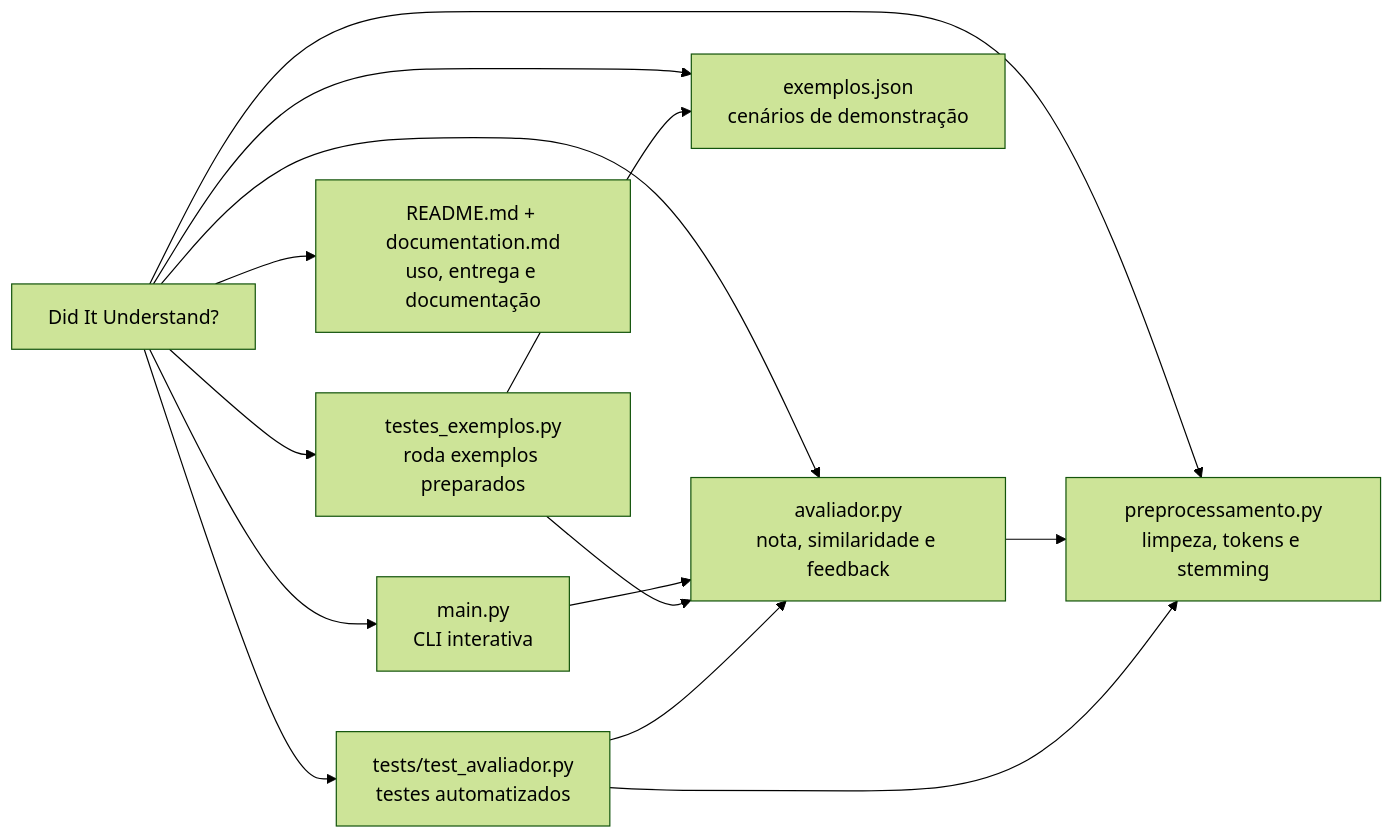
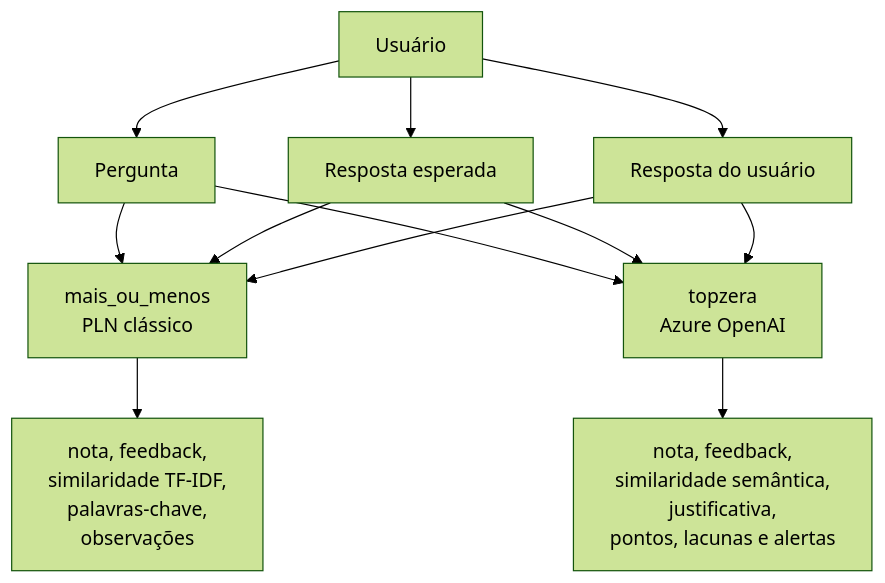
The first of 3 diagrams in documentation.md (cidade-felipe/did-it-understand), drawn with Mermaid (forest theme) before and after one commit. The commit also changed other lines of this file and 11 other files, not shown here.

Commit message:
feat: adiciona avaliador semântico com Azure OpenAI

````diff
--- a/documentation.md
+++ b/documentation.md
@@ -58,19 +72,22 @@
 ```mermaid
-flowchart LR
-    projeto["Did It Understand?"]
+flowchart TD
+    usuario["Usuário"]
+    pergunta["Pergunta"]
+    esperada["Resposta esperada"]
+    resposta["Resposta do usuário"]
 
-    projeto --> cli["main.py<br/>CLI interativa"]
-    projeto --> avaliador["avaliador.py<br/>nota, similaridade e feedback"]
-    projeto --> prep["preprocessamento.py<br/>limpeza, tokens e stemming"]
-    projeto --> exemplos["exemplos.json<br/>cenários de demonstração"]
-    projeto --> runner["testes_exemplos.py<br/>roda exemplos preparados"]
-    projeto --> tests["tests/test_avaliador.py<br/>testes automatizados"]
-    projeto --> docs["README.md + documentation.md<br/>uso, entrega e documentação"]
+    usuario --> pergunta
+    usuario --> esperada
+    usuario --> resposta
 
-    cli --> avaliador
-    runner --> avaliador
-    avaliador --> prep
-    tests --> avaliador
-    tests --> prep
-    runner --> exemplos
+    pergunta --> classica["mais_ou_menos<br/>PLN clássico"]
+    esperada --> classica
+    resposta --> classica
+
+    pergunta --> ia["topzera<br/>Azure OpenAI"]
+    esperada --> ia
+    resposta --> ia
+
+    classica --> saida1["nota, feedback,<br/>similaridade TF-IDF,<br/>palavras-chave,<br/>observações"]
+    ia --> saida2["nota, feedback,<br/>similaridade semântica,<br/>justificativa,<br/>pontos, lacunas e alertas"]
 ```
````
